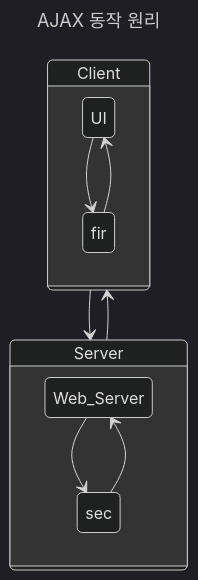
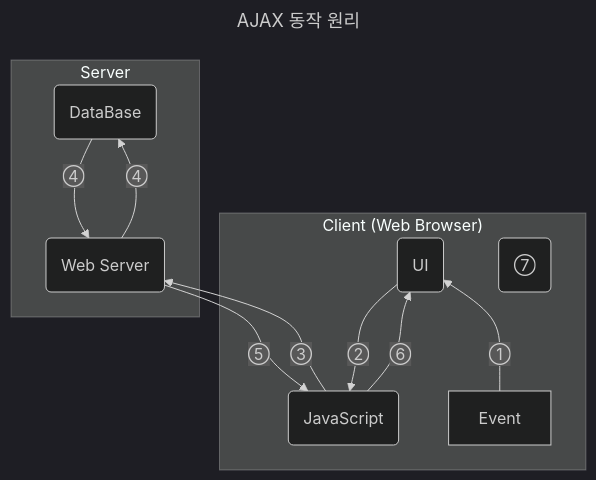
One commit to malrangcow00/Computer-Science changed the first of 2 diagrams in interface.md. Above: the diagram before and after it, drawn with Mermaid (dark theme). The commit also changed other lines of this file, not shown here.

````diff
--- a/interface.md
+++ b/interface.md
@@ -99,17 +102,18 @@
 ```mermaid
 ---
 title: AJAX 동작 원리
 ---
-stateDiagram-v2
-  Client --> Server
-  Server --> Client
-
-  state Client {
-    UI --> fir
-    fir --> UI
-  }
-  state Server {
-    Web_Server --> sec
-    sec --> Web_Server
-  }
+flowchart BT
+    client2(JavaScript) -- ③ --> server1("Web Server")
+    server1 -- ⑤ --> client2
+    subgraph "Client (Web Browser)"
+        Event -- ① --> client1(UI)
+        client1 -- ② --> client2
+        client2 -- ⑥ --> client1
+        eventLoop("⑦")
+    end
+    subgraph Server
+        server1 -- ④ --> server2(DataBase)
+        server2 -- ④ --> server1
+    end
 ```
````
